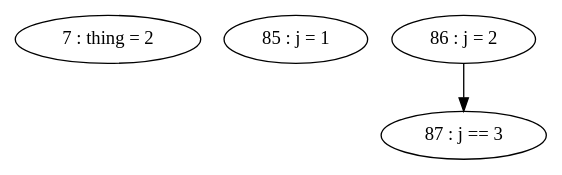
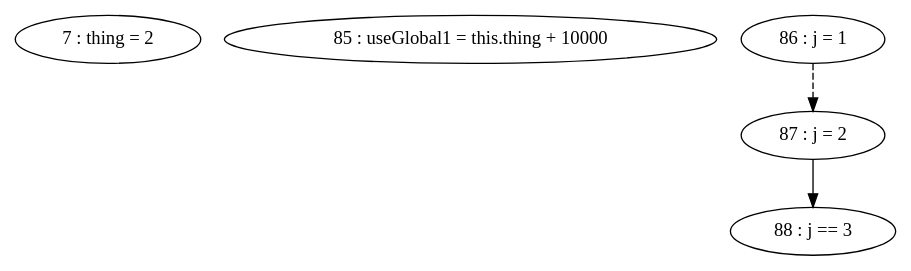
The diagram in target/classes/pdg/source/testFile-methodWithManyArgs.gv (thomassimko/thesis-code-duplication), drawn with Graphviz before and after one commit. The commit also changed 61 other files, not shown here.

```diff
--- a/target/classes/pdg/source/testFile-methodWithManyArgs.gv
+++ b/target/classes/pdg/source/testFile-methodWithManyArgs.gv
@@ -1,7 +1,9 @@
 digraph G {
 "7 : thing = 2"
-"85 : j = 1"
-"86 : j = 2"
-"86 : j = 2" -> "87 : j == 3"
-"87 : j == 3"
+"85 : useGlobal1 = this.thing + 10000"
+"86 : j = 1"
+"86 : j = 1" -> "87 : j = 2" [style=dashed]
+"87 : j = 2"
+"87 : j = 2" -> "88 : j == 3"
+"88 : j == 3"
 }
```
